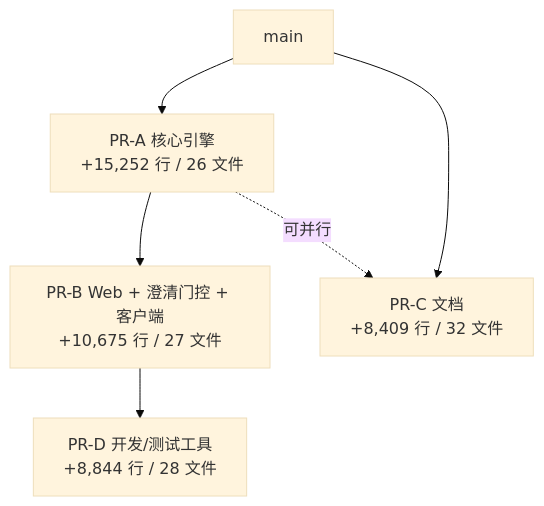
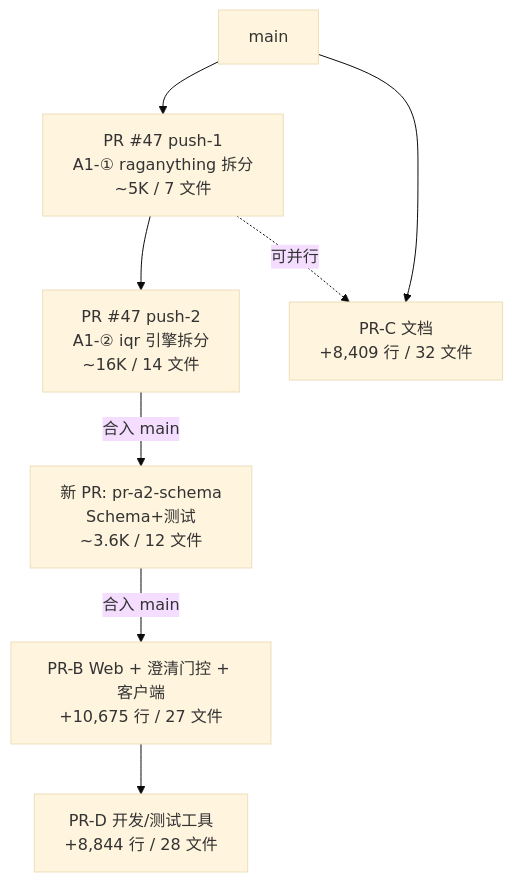
The first of 2 diagrams in docs/PR拆分合入主线操作说明.md (yiliangbetter/IndustrialRAG), drawn with Mermaid (base theme) before and after one commit. The commit also changed other lines of this file, not shown here.

````diff
--- a/docs/PR拆分合入主线操作说明.md
+++ b/docs/PR拆分合入主线操作说明.md
@@ -29,14 +32,18 @@
 ```mermaid
 graph TD
     main[main]
-    A["PR-A 核心引擎<br/>+15,252 行 / 26 文件"]
+    A1a["PR #47 push-1<br/>A1-① raganything 拆分<br/>~5K / 7 文件"]
+    A1b["PR #47 push-2<br/>A1-② iqr 引擎拆分<br/>~16K / 14 文件"]
+    A2["新 PR: pr-a2-schema<br/>Schema+测试<br/>~3.6K / 12 文件"]
     B["PR-B Web + 澄清门控 + 客户端<br/>+10,675 行 / 27 文件"]
     C["PR-C 文档<br/>+8,409 行 / 32 文件"]
     D["PR-D 开发/测试工具<br/>+8,844 行 / 28 文件"]
 
-    main --> A
-    A --> B
+    main --> A1a
+    A1a --> A1b
+    A1b -->|"合入 main"| A2
+    A2 -->|"合入 main"| B
     main --> C
     B --> D
-    A -.可并行.-> C
+    A1a -.可并行.-> C
 ```
````
